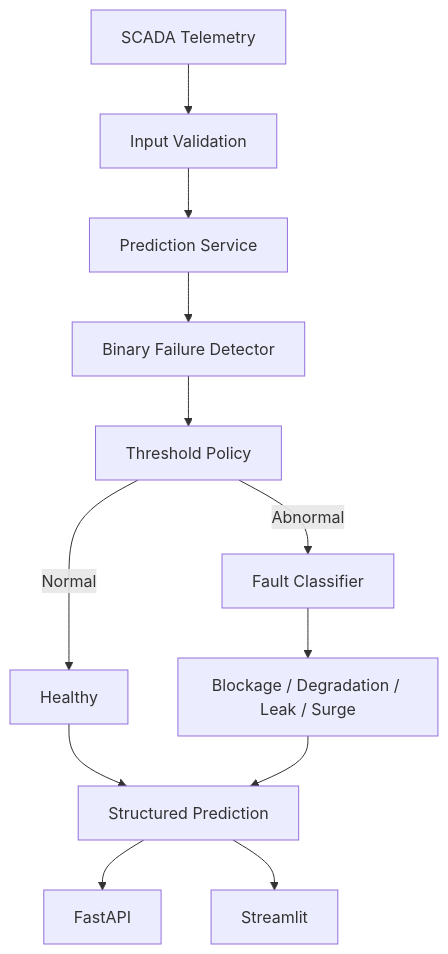
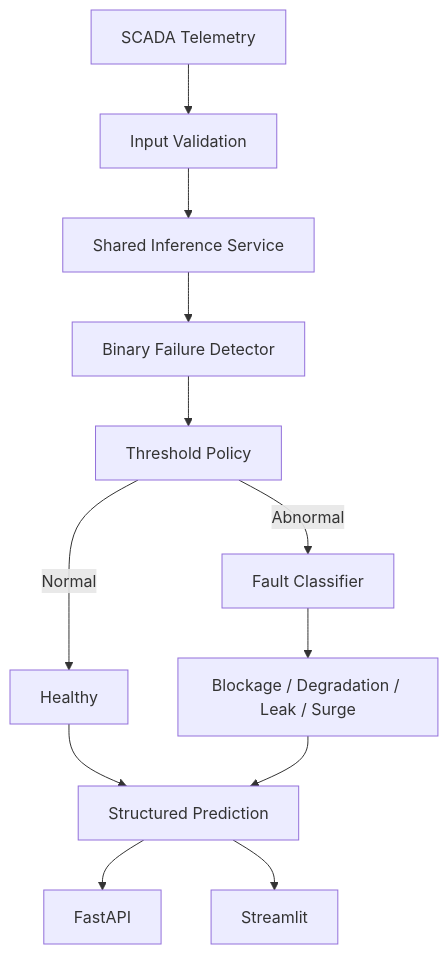
Before and after one commit to AnujPatel089/pipeline-failure-detection-ai: the diagram in README.md, drawn with Mermaid. The commit also changed other lines of this file, not shown here.

````diff
--- a/README.md
+++ b/README.md
@@ -51,14 +61,14 @@
 ```mermaid
 flowchart TD
     A[SCADA Telemetry] --> B[Input Validation]
-    B --> C[Prediction Service]
+    B --> C[Shared Inference Service]
     C --> D[Binary Failure Detector]
     D --> E[Threshold Policy]
     E -->|Normal| F[Healthy]
     E -->|Abnormal| G[Fault Classifier]
     G --> H[Blockage / Degradation / Leak / Surge]
     F --> I[Structured Prediction]
     H --> I
     I --> J[FastAPI]
     I --> K[Streamlit]
 ```
````
